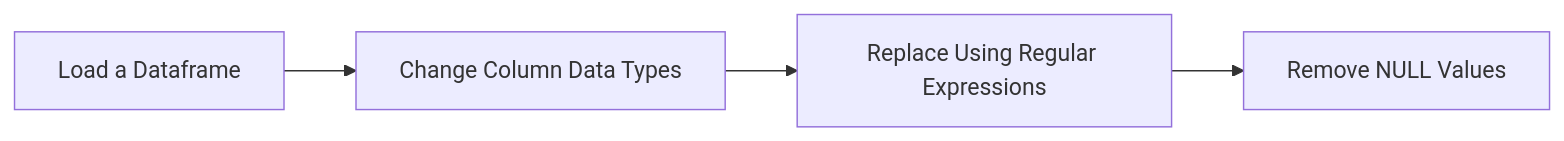
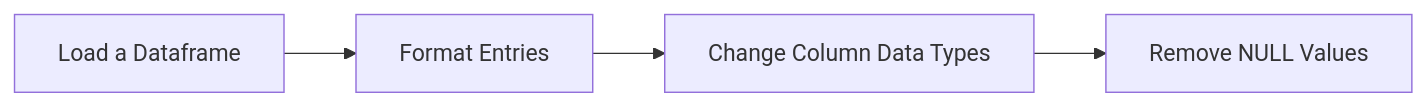
One commit to ChileMathAcc/multinational-retail-data-centralisation578 changed the first of 2 diagrams in README.md. Above: the diagram before and after it, drawn with Mermaid. The commit also changed other lines of this file and 2 other files, not shown here.

````diff
--- a/README.md
+++ b/README.md
@@ -61,4 +69,4 @@
 ```mermaid
 graph LR;
-    m[Load a Dataframe] --> ma[Change Column Data Types] --> mar[Replace Using Regular Expressions] --> mark[Remove NULL Values];
+    m[Load a Dataframe] --> ma[Format Entries] --> mar[Change Column Data Types] --> mark[Remove NULL Values];
 ```
````
